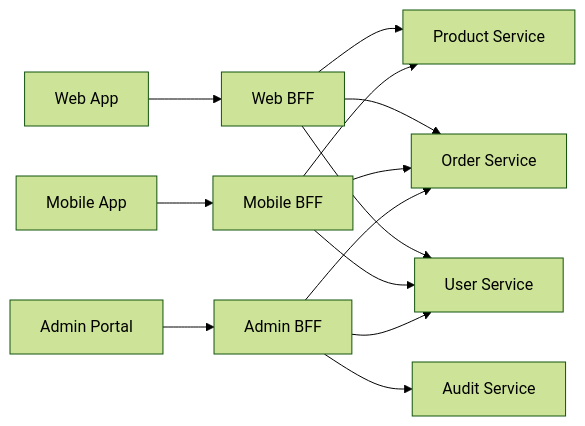
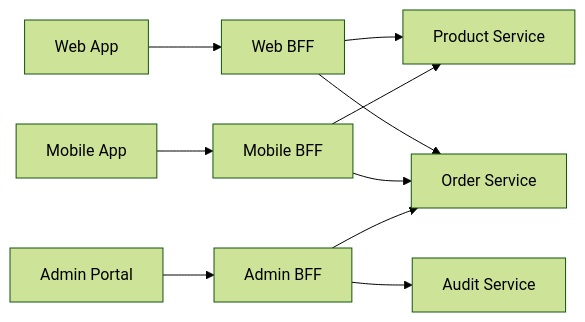
The fourth of 10 diagrams in src/content/system-design/api-gateway.md (AvadhBhalodiya/Interview-Preparation), drawn with Mermaid (forest theme) before and after one commit. The commit also changed other lines of this file and 54 other files, not shown here.

````diff
--- a/src/content/system-design/api-gateway.md
+++ b/src/content/system-design/api-gateway.md
@@ -191,18 +240,15 @@
 ```mermaid
 flowchart LR
     WEB[Web App] --> WBFF[Web BFF]
     MOBILE[Mobile App] --> MBFF[Mobile BFF]
     ADMIN[Admin Portal] --> ABFF[Admin BFF]
 
     WBFF --> PRODUCT[Product Service]
     WBFF --> ORDER[Order Service]
-    WBFF --> USER[User Service]
 
     MBFF --> PRODUCT
     MBFF --> ORDER
-    MBFF --> USER
 
     ABFF --> ORDER
-    ABFF --> USER
     ABFF --> AUDIT[Audit Service]
 ```
````
